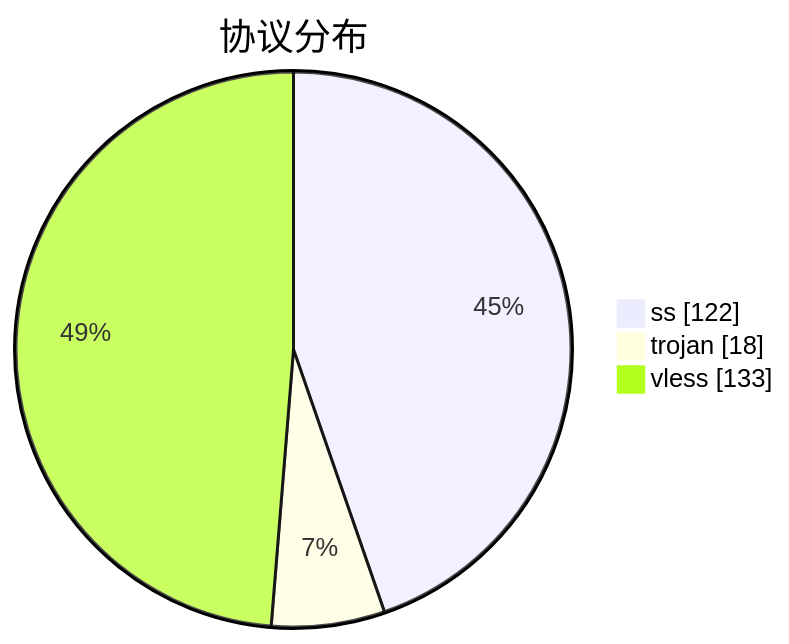
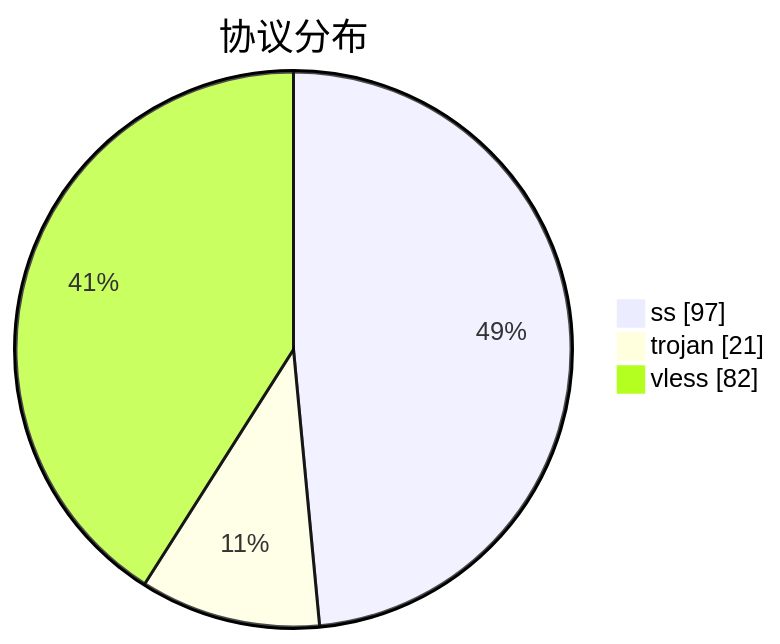
The third of 3 diagrams in subs/statistics/tested_within.md (qjlxg/airport), drawn with Mermaid before and after one commit. The commit also changed other lines of this file and 2 other files, not shown here.

````diff
--- a/subs/statistics/tested_within.md
+++ b/subs/statistics/tested_within.md
@@ -38,7 +32,7 @@
 ```mermaid
 pie showData
 title 协议分布
-"ss" : 122
-"trojan" : 18
-"vless" : 133
+"ss" : 97
+"trojan" : 21
+"vless" : 82
 ```
````
